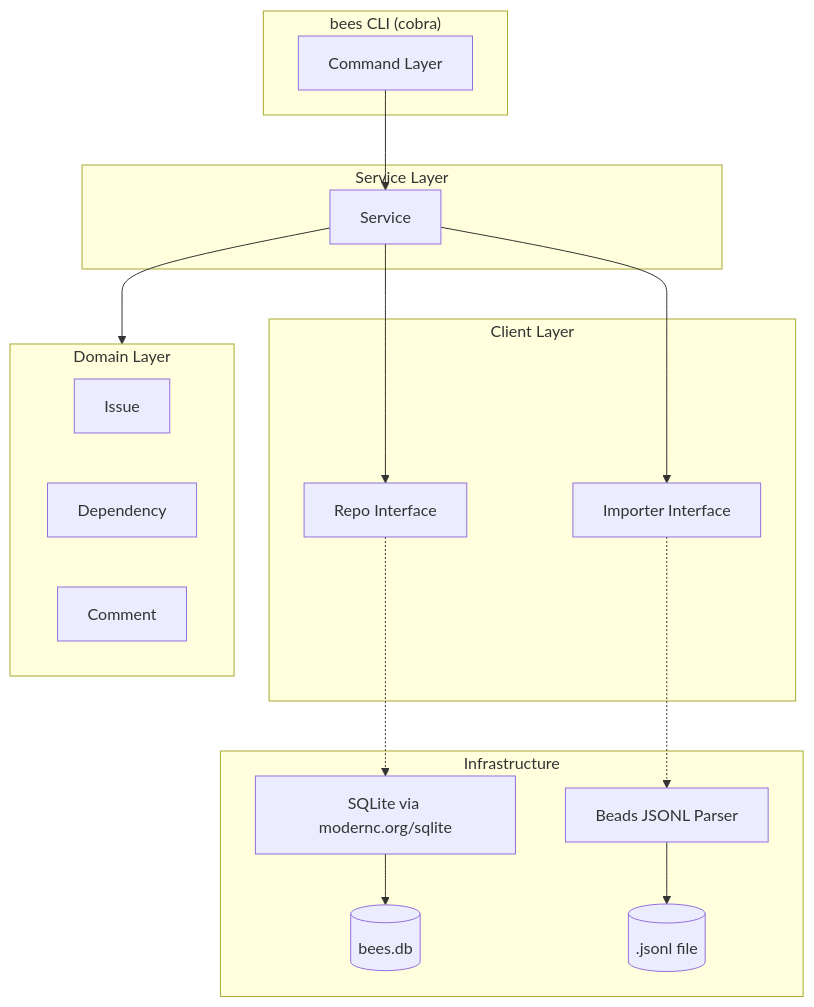
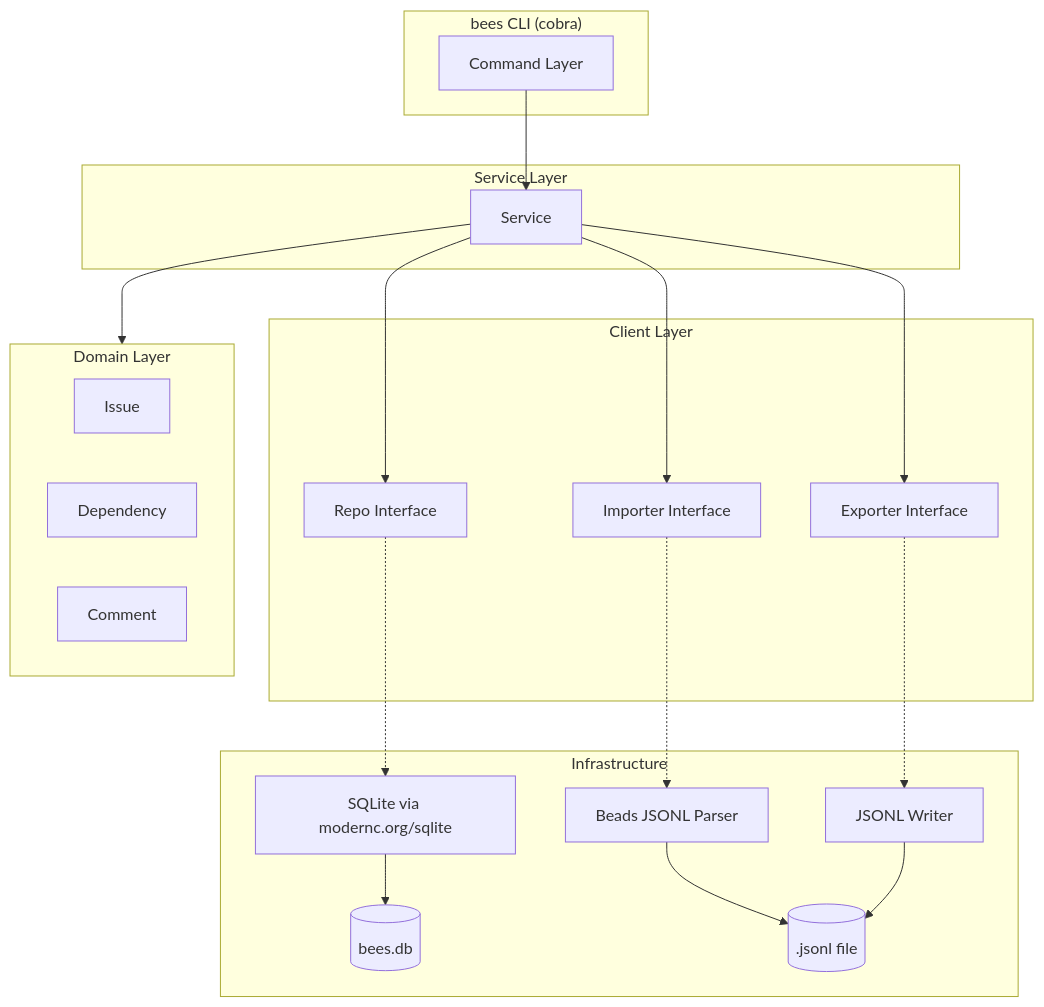
The first of 2 diagrams in README.md (w-h-a/pebble), drawn with Mermaid before and after one commit. The commit also changed other lines of this file and 5 other files, not shown here.

````diff
--- a/README.md
+++ b/README.md
@@ -50,37 +50,42 @@
 ```mermaid
 graph TD
   subgraph CLI ["bees CLI (cobra)"]
     CMD[Command Layer]
   end
 
   subgraph Service ["Service Layer"]
     SVC[Service]
   end
 
   subgraph Client ["Client Layer"]
     REPO_IF[Repo Interface]
     IMP_IF[Importer Interface]
+    EXP_IF[Exporter Interface]
   end
 
   subgraph Infra ["Infrastructure"]
     SQLITE[SQLite via modernc.org/sqlite]
     DB[(bees.db)]
     BEADS[Beads JSONL Parser]
+    JSONW[JSONL Writer]
     JSONL[(.jsonl file)]
   end
 
   subgraph Domain ["Domain Layer"]
     ISSUE[Issue]
     DEP[Dependency]
     COMMENT[Comment]
   end
 
   CMD --> SVC
   SVC --> Domain
   SVC --> REPO_IF
   SVC --> IMP_IF
+  SVC --> EXP_IF
   REPO_IF -.-> SQLITE
   SQLITE --> DB
   IMP_IF -.-> BEADS
   BEADS --> JSONL
+  EXP_IF -.-> JSONW
+  JSONW --> JSONL
 ```
````
